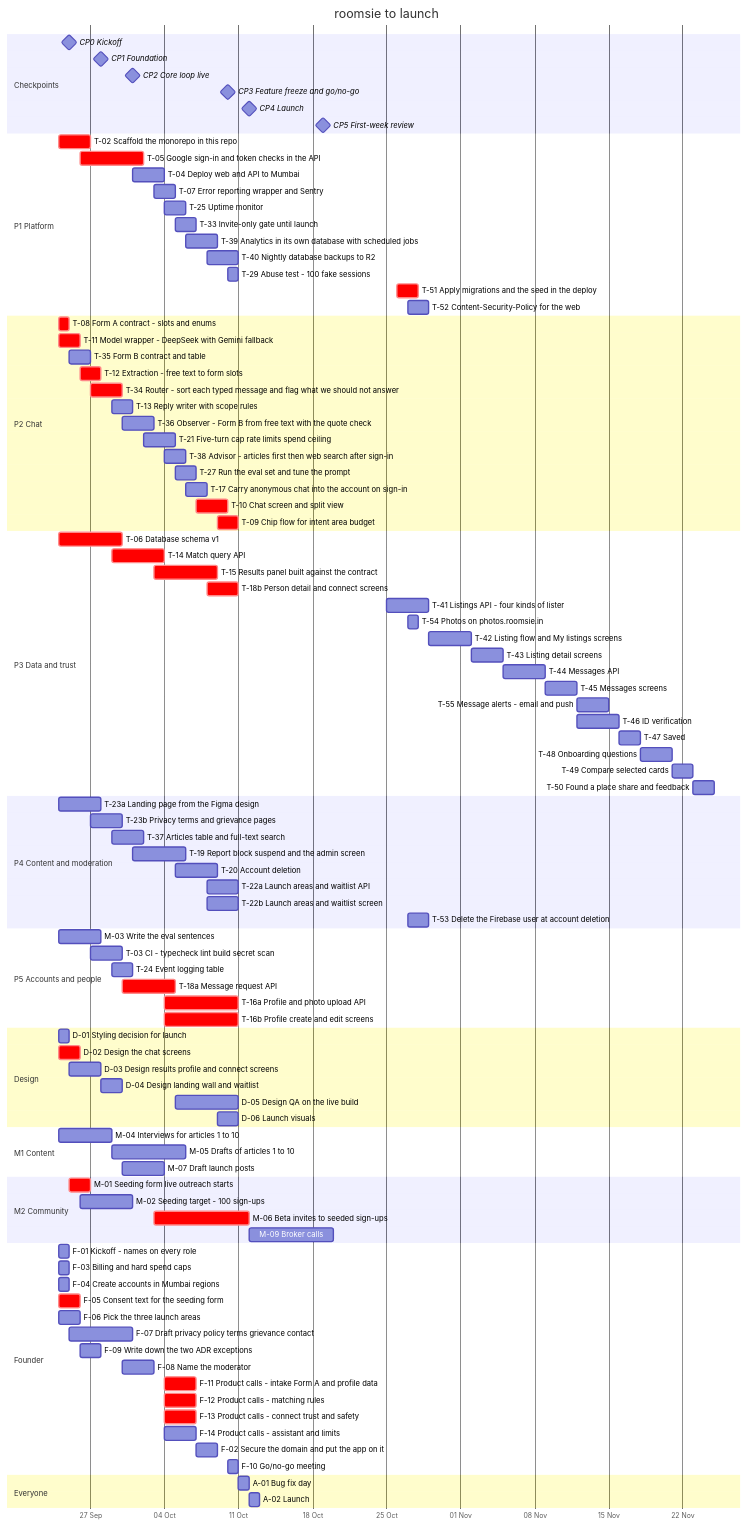
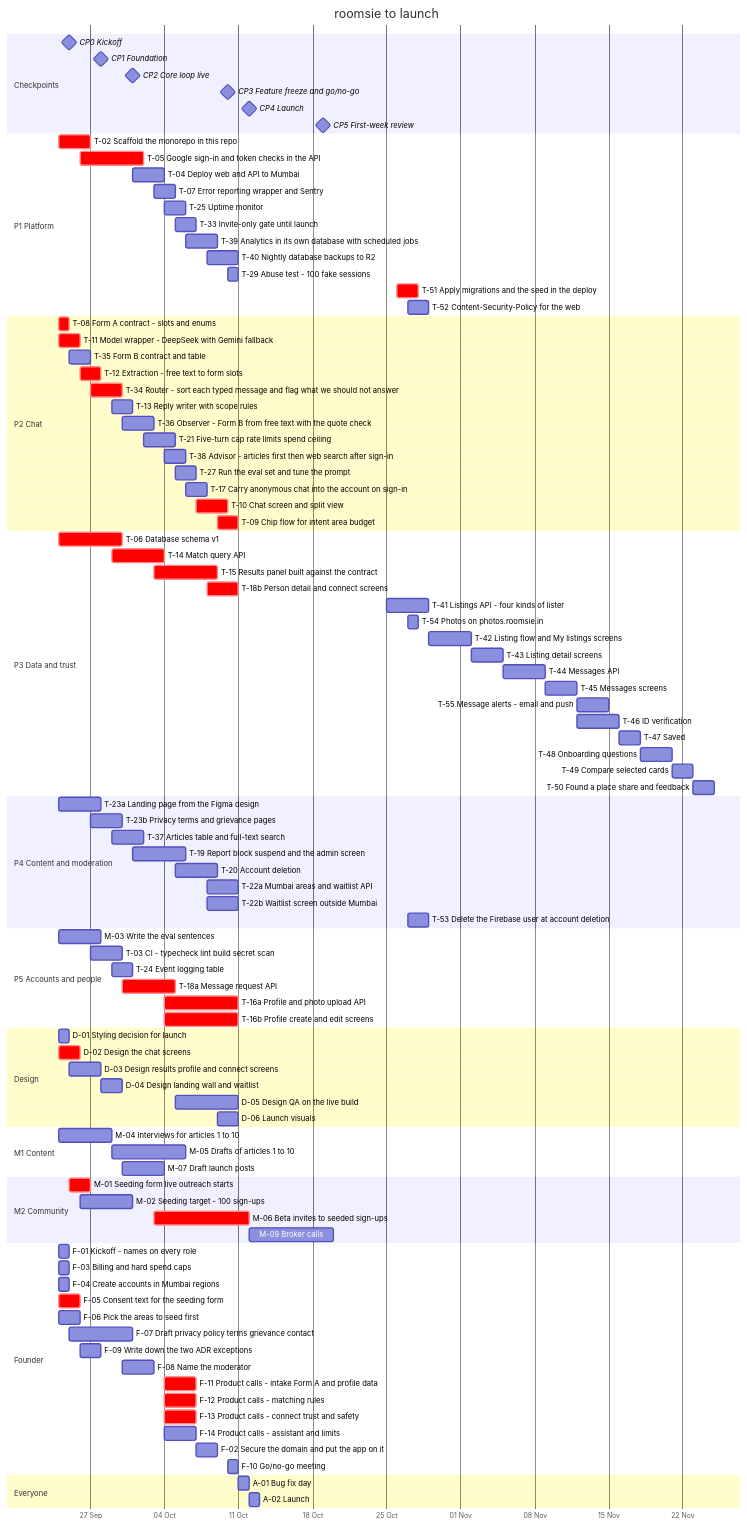
One commit to magentawood/roomsie changed the diagram in docs/team-plan.md. Above: the diagram before and after it, drawn with Mermaid. The commit also changed other lines of this file and 26 other files, not shown here.

First line of the commit message:
Each Mumbai area is live, and the waitlist is for places outside Mumbai

```diff
--- a/docs/team-plan.md
+++ b/docs/team-plan.md
@@ -373,8 +373,8 @@
     T-37 Articles table and full-text search :t37, 2026-09-29, 3d
     T-19 Report block suspend and the admin screen :t19, 2026-10-01, 5d
     T-20 Account deletion :t20, 2026-10-05, 4d
-    T-22a Launch areas and waitlist API :t22a, 2026-10-08, 3d
-    T-22b Launch areas and waitlist screen :t22b, 2026-10-08, 3d
+    T-22a Mumbai areas and waitlist API :t22a, 2026-10-08, 3d
+    T-22b Waitlist screen outside Mumbai :t22b, 2026-10-08, 3d
     T-53 Delete the Firebase user at account deletion :t53, 2026-10-27, 2d
     section P5 Accounts and people
     M-03 Write the eval sentences :m03, 2026-09-24, 4d
@@ -404,7 +404,7 @@
     F-03 Billing and hard spend caps :f03, 2026-09-24, 1d
     F-04 Create accounts in Mumbai regions :f04, 2026-09-24, 1d
     F-05 Consent text for the seeding form :crit, f05, 2026-09-24, 2d
-    F-06 Pick the three launch areas :f06, 2026-09-24, 2d
+    F-06 Pick the areas to seed first :f06, 2026-09-24, 2d
     F-07 Draft privacy policy terms grievance contact :f07, 2026-09-25, 6d
     F-09 Write down the two ADR exceptions :f09, 2026-09-26, 2d
     F-08 Name the moderator :f08, 2026-09-30, 3d
```
